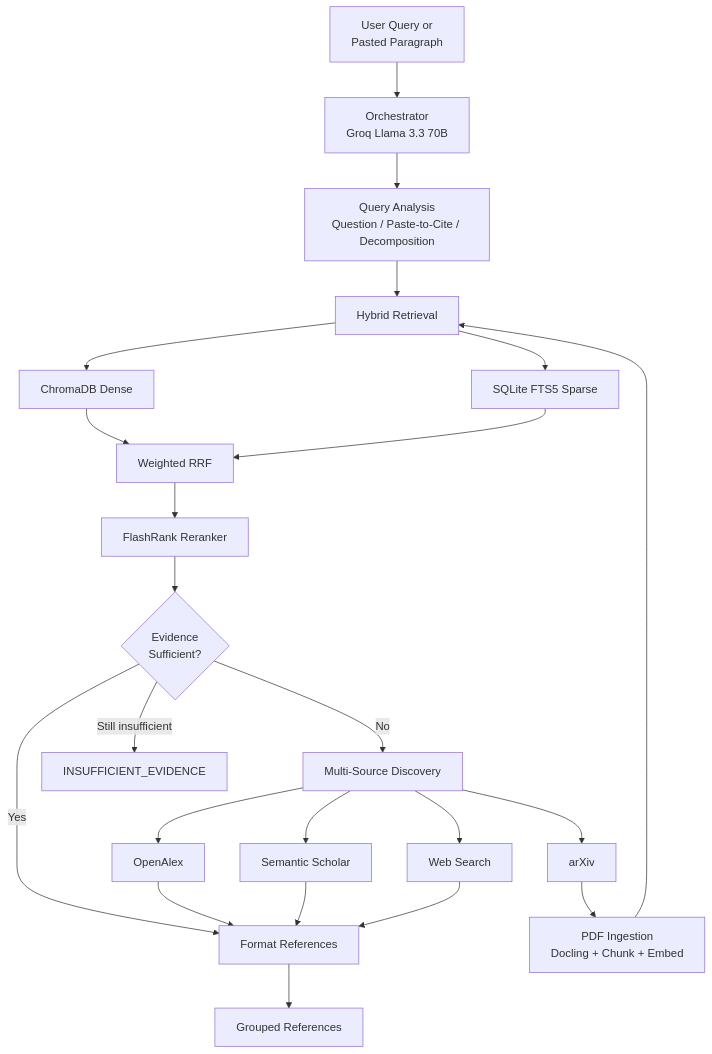
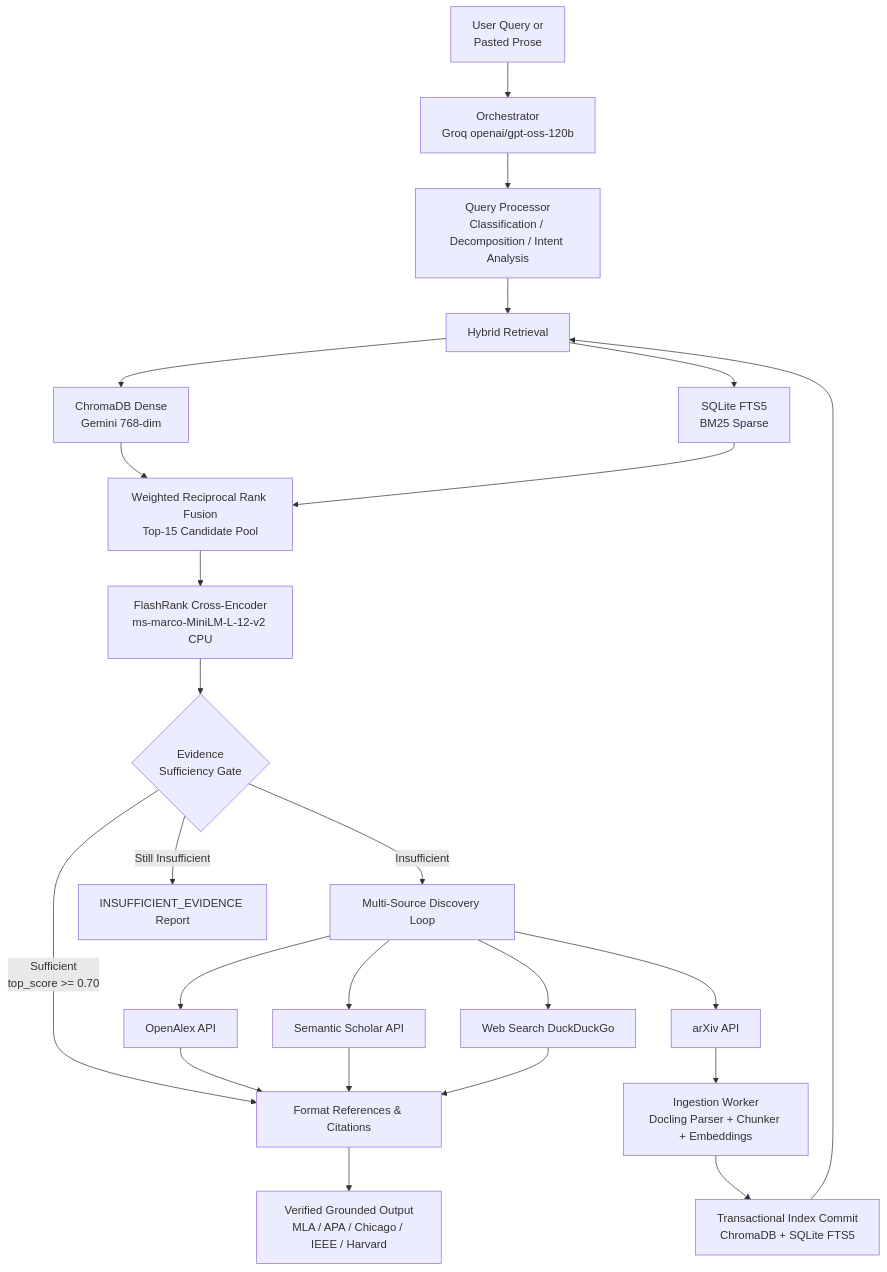
One commit to MHOC96/Active-Research-Assistant-Agent changed the diagram in README.md. Above: the diagram before and after it, drawn with Mermaid. The commit also changed other lines of this file and 6 other files, not shown here.

Commit message:
feat(ui,model): enhance UI with glassmorphism design, update model to openai/gpt-oss-120b, and update documentation

````diff
--- a/README.md
+++ b/README.md
@@ -34,25 +30,33 @@
 ```mermaid
 flowchart TD
-    Q[User Query or<br/>Pasted Paragraph] --> O[Orchestrator<br/>Groq Llama 3.3 70B]
-    O --> N[Query Analysis<br/>Question / Paste-to-Cite / Decomposition]
-    N --> H[Hybrid Retrieval]
-    H --> D[ChromaDB Dense]
-    H --> S[SQLite FTS5 Sparse]
-    D --> R[Weighted RRF]
-    S --> R
-    R --> F[FlashRank Reranker]
-    F --> G{Evidence<br/>Sufficient?}
-    G -->|Yes| REF[Format References]
-    G -->|No| MS[Multi-Source Discovery]
-    MS --> AX[arXiv]
-    MS --> OA[OpenAlex]
-    MS --> SS[Semantic Scholar]
-    MS --> WB[Web Search]
-    AX --> I[PDF Ingestion<br/>Docling + Chunk + Embed]
-    I --> H
-    OA --> REF
-    SS --> REF
-    WB --> REF
-    REF --> OUT[Grouped References]
-    G -->|Still insufficient| E[INSUFFICIENT_EVIDENCE]
+    Q[User Query or<br/>Pasted Prose] --> O[Orchestrator<br/>Groq openai/gpt-oss-120b]
+    O --> QP[Query Processor<br/>Classification / Decomposition / Intent Analysis]
+    
+    QP --> HR[Hybrid Retrieval]
+    HR --> DB_D[ChromaDB Dense<br/>Gemini 768-dim]
+    HR --> DB_S[SQLite FTS5<br/>BM25 Sparse]
+    DB_D --> RRF[Weighted Reciprocal Rank Fusion<br/>Top-15 Candidate Pool]
+    DB_S --> RRF
+    
+    RRF --> CE[FlashRank Cross-Encoder<br/>ms-marco-MiniLM-L-12-v2 CPU]
+    CE --> SG{Evidence<br/>Sufficiency Gate}
+    
+    SG -->|Sufficient<br/>top_score >= 0.70| REF[Format References & Citations]
+    
+    SG -->|Insufficient| MD[Multi-Source Discovery Loop]
+    MD --> D_AX[arXiv API]
+    MD --> D_OA[OpenAlex API]
+    MD --> D_SS[Semantic Scholar API]
+    MD --> D_WB[Web Search DuckDuckGo]
+    
+    D_AX --> IW[Ingestion Worker<br/>Docling Parser + Chunker + Embeddings]
+    IW --> TX[Transactional Index Commit<br/>ChromaDB + SQLite FTS5]
+    TX --> HR
+    
+    D_OA --> REF
+    D_SS --> REF
+    D_WB --> REF
+    
+    REF --> OUT[Verified Grounded Output<br/>MLA / APA / Chicago / IEEE / Harvard]
+    SG -->|Still Insufficient| IE[INSUFFICIENT_EVIDENCE Report]
 ```
````
